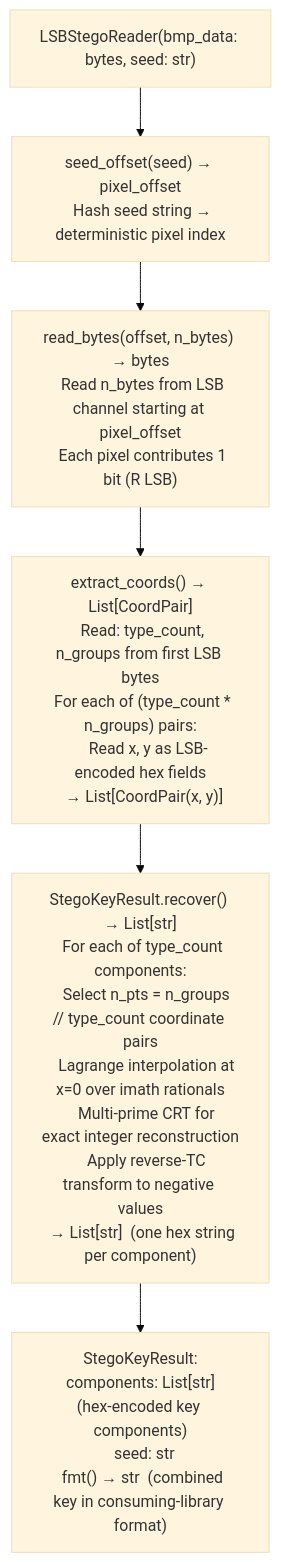
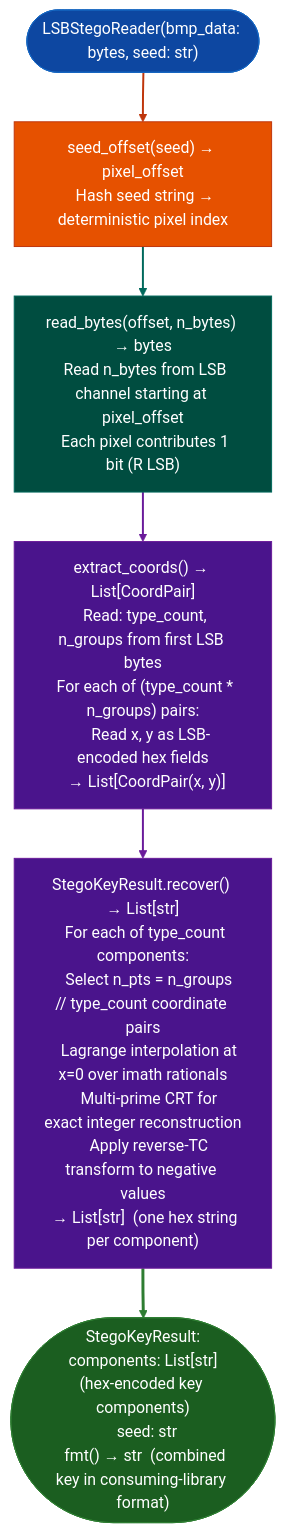
One commit to Ablation-Tool/ablation changed the diagram in docs/reference-modules/firmware-signature-and-secret-triage.md. Above: the diagram before and after it, drawn with Mermaid (base theme). The commit also changed 320 other files, not shown here.

First line of the commit message:
docs: apply canonical Mermaid template to all 321 diagrams

````diff
--- a/docs/reference-modules/firmware-signature-and-secret-triage.md
+++ b/docs/reference-modules/firmware-signature-and-secret-triage.md
@@ -19,8 +19,19 @@
 ```mermaid
 flowchart TD
-    A["LSBStegoReader(bmp_data: bytes, seed: str)"] --> B["seed_offset(seed) → pixel_offset\n  Hash seed string → deterministic pixel index"]
-    B --> C["read_bytes(offset, n_bytes) → bytes\n  Read n_bytes from LSB channel starting at pixel_offset\n  Each pixel contributes 1 bit (R LSB)"]
-    C --> D["extract_coords() → List[CoordPair]\n  Read: type_count, n_groups from first LSB bytes\n  For each of (type_count * n_groups) pairs:\n    Read x, y as LSB-encoded hex fields\n  → List[CoordPair(x, y)]"]
-    D --> E["StegoKeyResult.recover() → List[str]\n  For each of type_count components:\n    Select n_pts = n_groups // type_count coordinate pairs\n    Lagrange interpolation at x=0 over imath rationals\n    Multi-prime CRT for exact integer reconstruction\n    Apply reverse-TC transform to negative values\n  → List[str]  (one hex string per component)"]
-    E --> F["StegoKeyResult:\n  components: List[str]  (hex-encoded key components)\n  seed: str\n  fmt() → str  (combined key in consuming-library format)"]
+    A(["LSBStegoReader(bmp_data: bytes, seed: str)"]):::input --> B["seed_offset(seed) → pixel_offset\n  Hash seed string → deterministic pixel index"]:::primary
+    B:::primary --> C["read_bytes(offset, n_bytes) → bytes\n  Read n_bytes from LSB channel starting at pixel_offset\n  Each pixel contributes 1 bit (R LSB)"]:::secondary
+    C:::secondary --> D["extract_coords() → List[CoordPair]\n  Read: type_count, n_groups from first LSB bytes\n  For each of (type_count * n_groups) pairs:\n    Read x, y as LSB-encoded hex fields\n  → List[CoordPair(x, y)]"]:::tertiary
+    D:::tertiary --> E["StegoKeyResult.recover() → List[str]\n  For each of type_count components:\n    Select n_pts = n_groups // type_count coordinate pairs\n    Lagrange interpolation at x=0 over imath rationals\n    Multi-prime CRT for exact integer reconstruction\n    Apply reverse-TC transform to negative values\n  → List[str]  (one hex string per component)"]:::tertiary
+    E:::tertiary --> F(["StegoKeyResult:\n  components: List[str]  (hex-encoded key components)\n  seed: str\n  fmt() → str  (combined key in consuming-library format)"]):::output
+    classDef input     fill:#0d47a1,stroke:#1565c0,color:#fff
+    classDef primary   fill:#e65100,stroke:#bf360c,color:#fff
+    classDef secondary fill:#004d40,stroke:#00695c,color:#fff
+    classDef tertiary  fill:#4a148c,stroke:#6a1b9a,color:#fff
+    classDef neutral   fill:#37474f,stroke:#546e7a,color:#fff
+    classDef output    fill:#1b5e20,stroke:#2e7d32,color:#fff
+    linkStyle 0 stroke:#bf360c,stroke-width:2px
+    linkStyle 1 stroke:#00695c,stroke-width:2px
+    linkStyle 2 stroke:#6a1b9a,stroke-width:2px
+    linkStyle 3 stroke:#6a1b9a,stroke-width:2px
+    linkStyle 4 stroke:#2e7d32,stroke-width:3px
 ```
````
